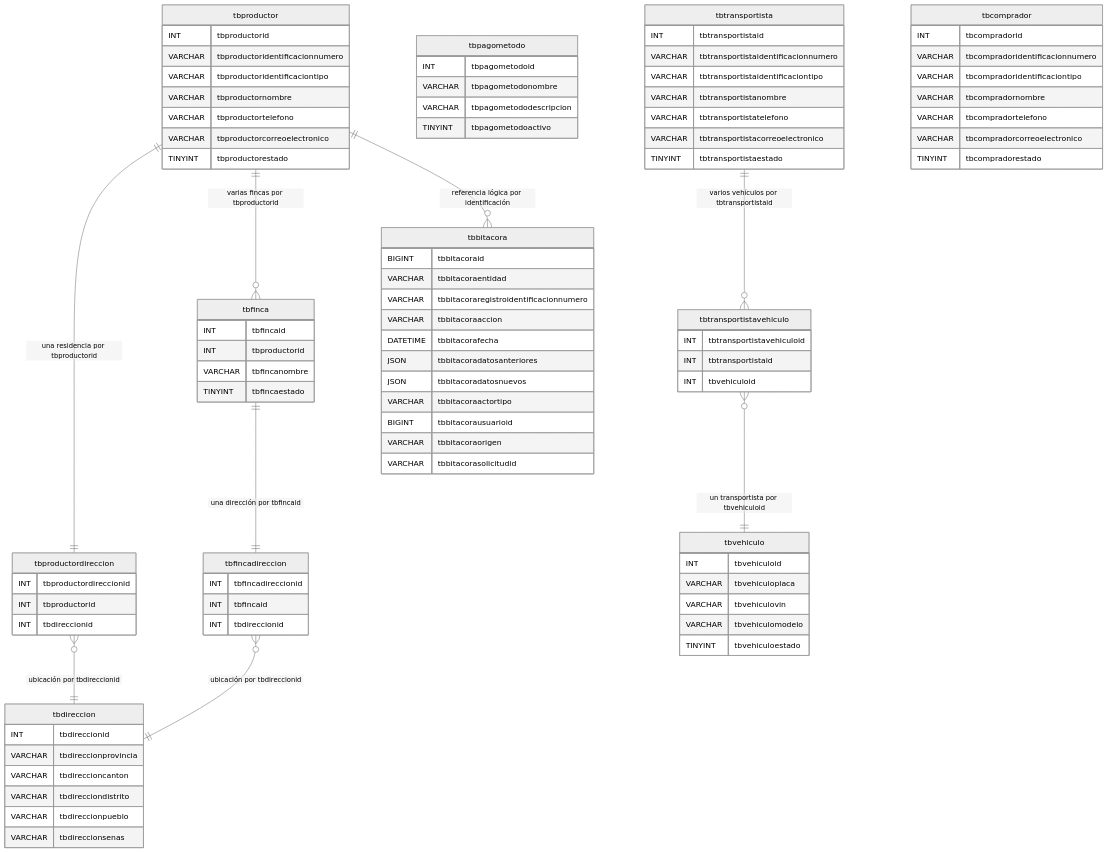
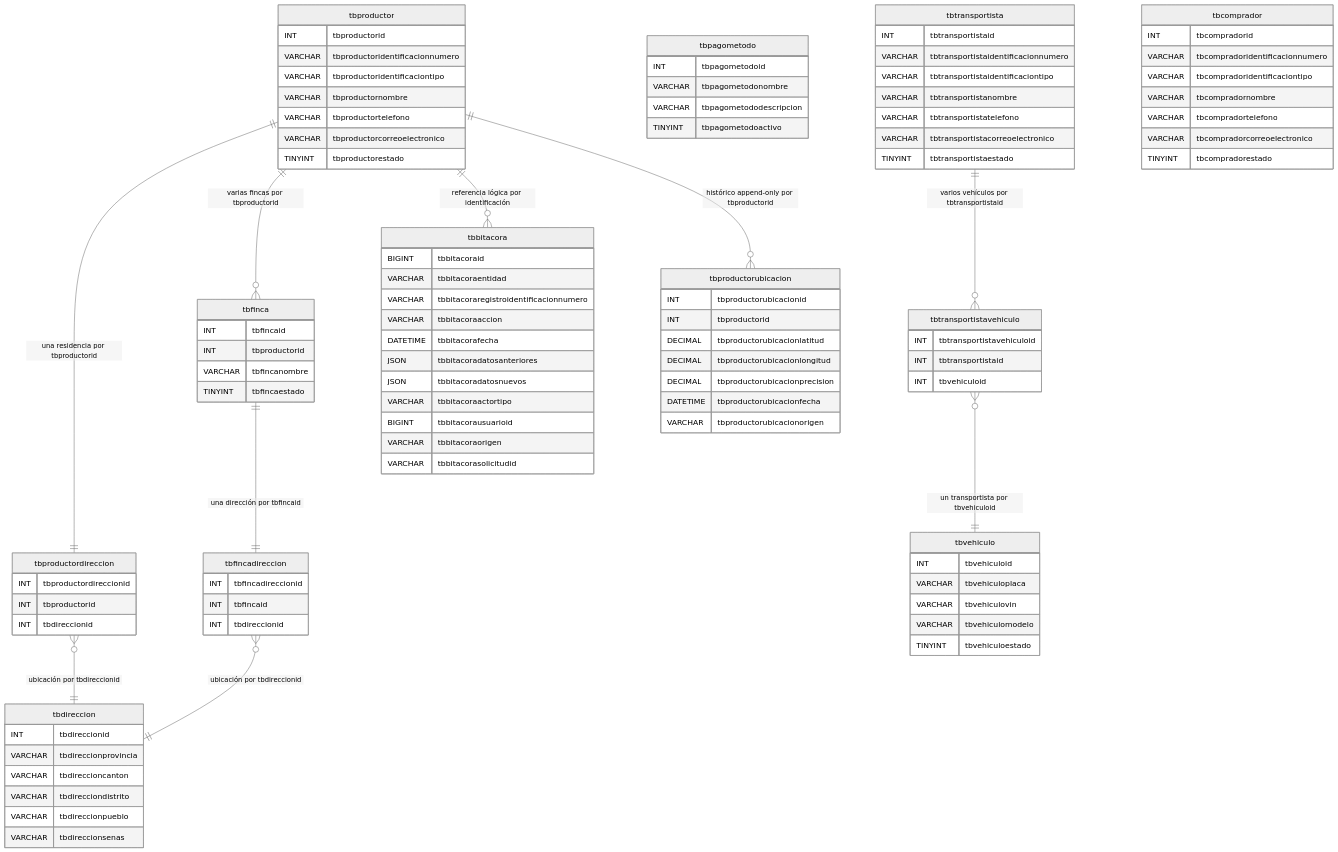
Before and after one commit to DilanRC/Proyecto-Paradigmas: the diagram in Documentation/DER.md, drawn with Mermaid (neutral theme). The commit also changed other lines of this file and 15 other files, not shown here.

````diff
--- a/Documentation/DER.md
+++ b/Documentation/DER.md
@@ -84,6 +84,15 @@
         VARCHAR tbcompradorcorreoelectronico
         TINYINT tbcompradorestado
     }
+    tbproductorubicacion {
+        INT tbproductorubicacionid
+        INT tbproductorid
+        DECIMAL tbproductorubicacionlatitud
+        DECIMAL tbproductorubicacionlongitud
+        DECIMAL tbproductorubicacionprecision
+        DATETIME tbproductorubicacionfecha
+        VARCHAR tbproductorubicacionorigen
+    }
     tbproductor ||--|| tbproductordireccion : "una residencia por tbproductorid"
     tbproductordireccion }o--|| tbdireccion : "ubicación por tbdireccionid"
     tbproductor ||--o{ tbfinca : "varias fincas por tbproductorid"
@@ -92,4 +101,5 @@
     tbtransportista ||--o{ tbtransportistavehiculo : "varios vehículos por tbtransportistaid"
     tbtransportistavehiculo }o--|| tbvehiculo : "un transportista por tbvehiculoid"
     tbproductor ||--o{ tbbitacora : "referencia lógica por identificación"
+    tbproductor ||--o{ tbproductorubicacion : "histórico append-only por tbproductorid"
 ```
````
